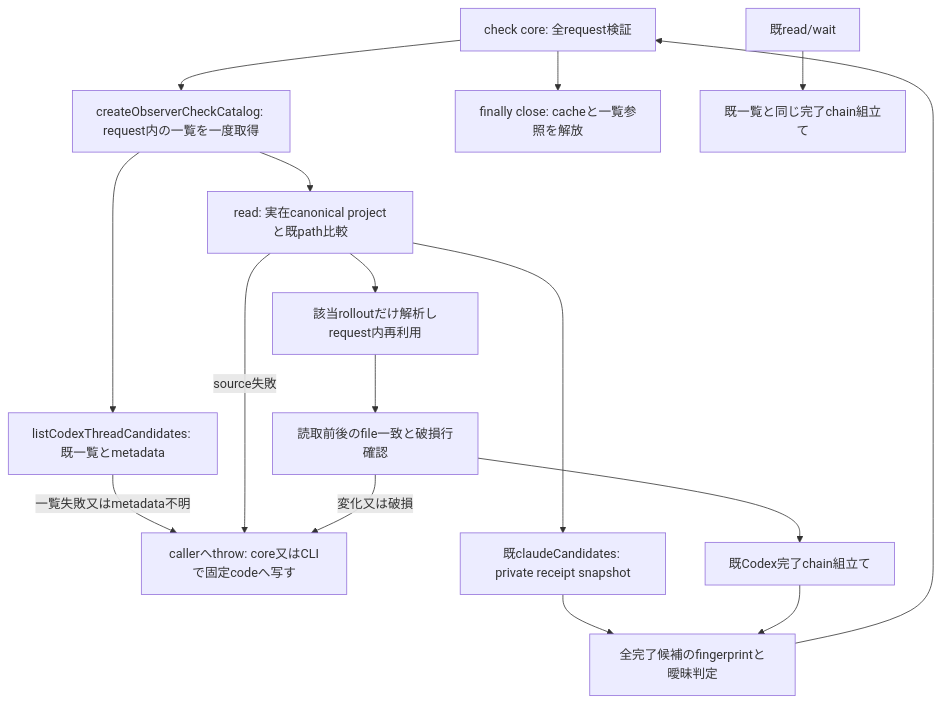
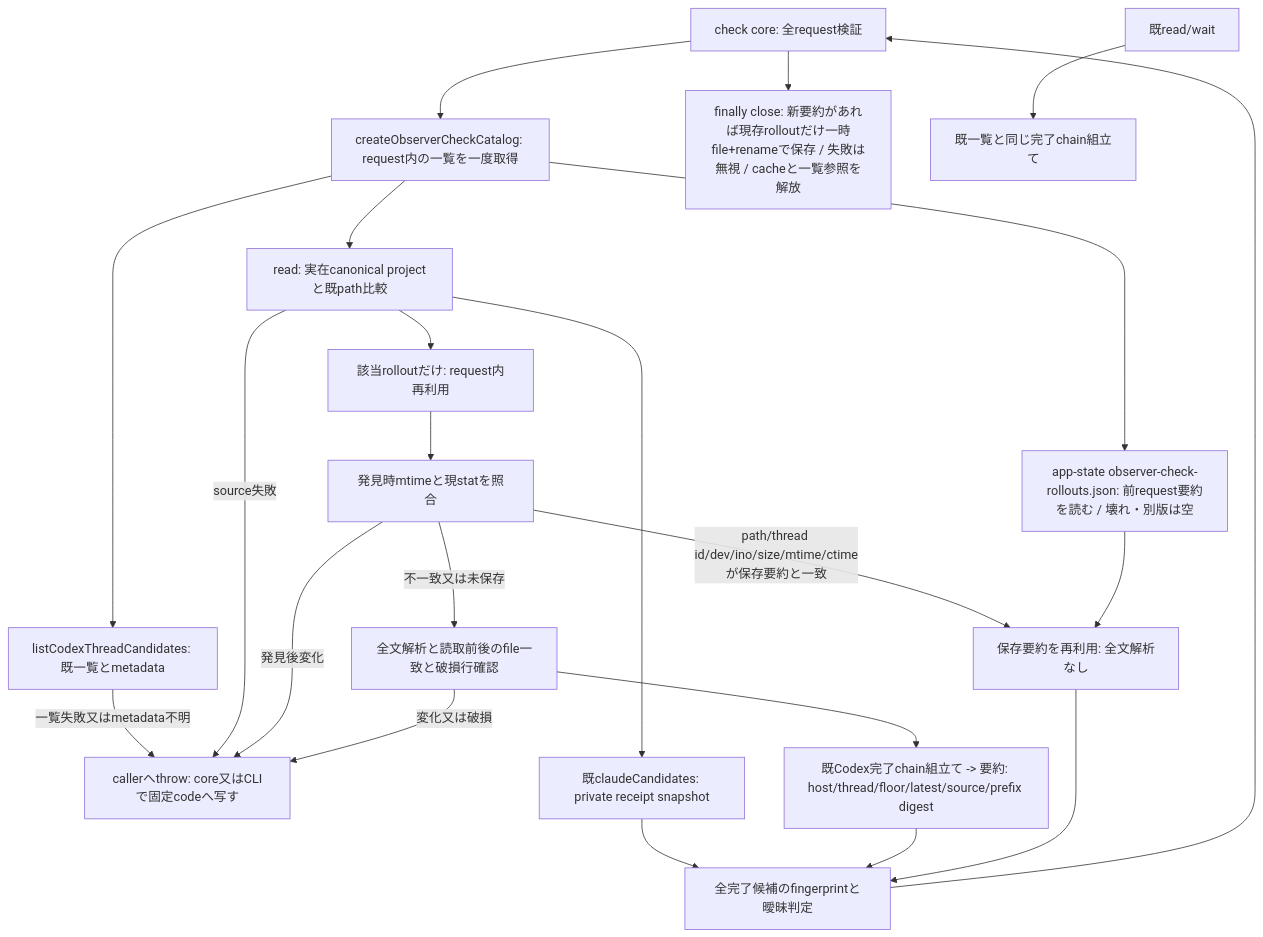
Before and after one commit to kitepon/Throughline: the first of 2 diagrams in docs/architecture/observer-check.md, drawn with Mermaid. The commit also changed other lines of this file and 8 other files, not shown here.

First line of the commit message:
fix: observer-check reuses unchanged Codex rollout summaries across requests 0.21.1

````diff
--- a/docs/architecture/observer-check.md
+++ b/docs/architecture/observer-check.md
@@ -5,18 +5,24 @@
 ```mermaid
 flowchart TD
   Core[check core: 全request検証] --> Catalog[createObserverCheckCatalog: request内の一覧を一度取得]
   Catalog --> Index[listCodexThreadCandidates: 既一覧とmetadata]
   Index -->|一覧失敗又はmetadata不明| Error
+  Catalog --> Store[app-state observer-check-rollouts.json: 前request要約を読む / 壊れ・別版は空]
   Catalog --> Project[read: 実在canonical projectと既path比較]
   Project --> Receipt[既claudeCandidates: private receipt snapshot]
-  Project --> Cache[該当rolloutだけ解析しrequest内再利用]
-  Cache --> Guard[読取前後のfile一致と破損行確認]
-  Guard --> Chain[既Codex完了chain組立て]
+  Project --> Cache[該当rolloutだけ: request内再利用]
+  Cache --> Stat[発見時mtimeと現statを照合]
+  Stat -->|path/thread id/dev/ino/size/mtime/ctimeが保存要約と一致| Summary[保存要約を再利用: 全文解析なし]
+  Stat -->|不一致又は未保存| Guard[全文解析と読取前後のfile一致と破損行確認]
+  Guard --> Chain[既Codex完了chain組立て -> 要約: host/thread/floor/latest/source/prefix digest]
+  Store --> Summary
   Receipt --> Result[全完了候補のfingerprintと曖昧判定]
   Chain --> Result
+  Summary --> Result
   Result --> Core
   Project -->|source失敗| Error[callerへthrow: core又はCLIで固定codeへ写す]
+  Stat -->|発見後変化| Error
   Guard -->|変化又は破損| Error
-  Core --> Cleanup[finally close: cacheと一覧参照を解放]
+  Core --> Cleanup[finally close: 新要約があれば現存rolloutだけ一時file+renameで保存 / 失敗は無視 / cacheと一覧参照を解放]
   Existing[既read/wait] --> Legacy[既一覧と同じ完了chain組立て]
 ```
````
